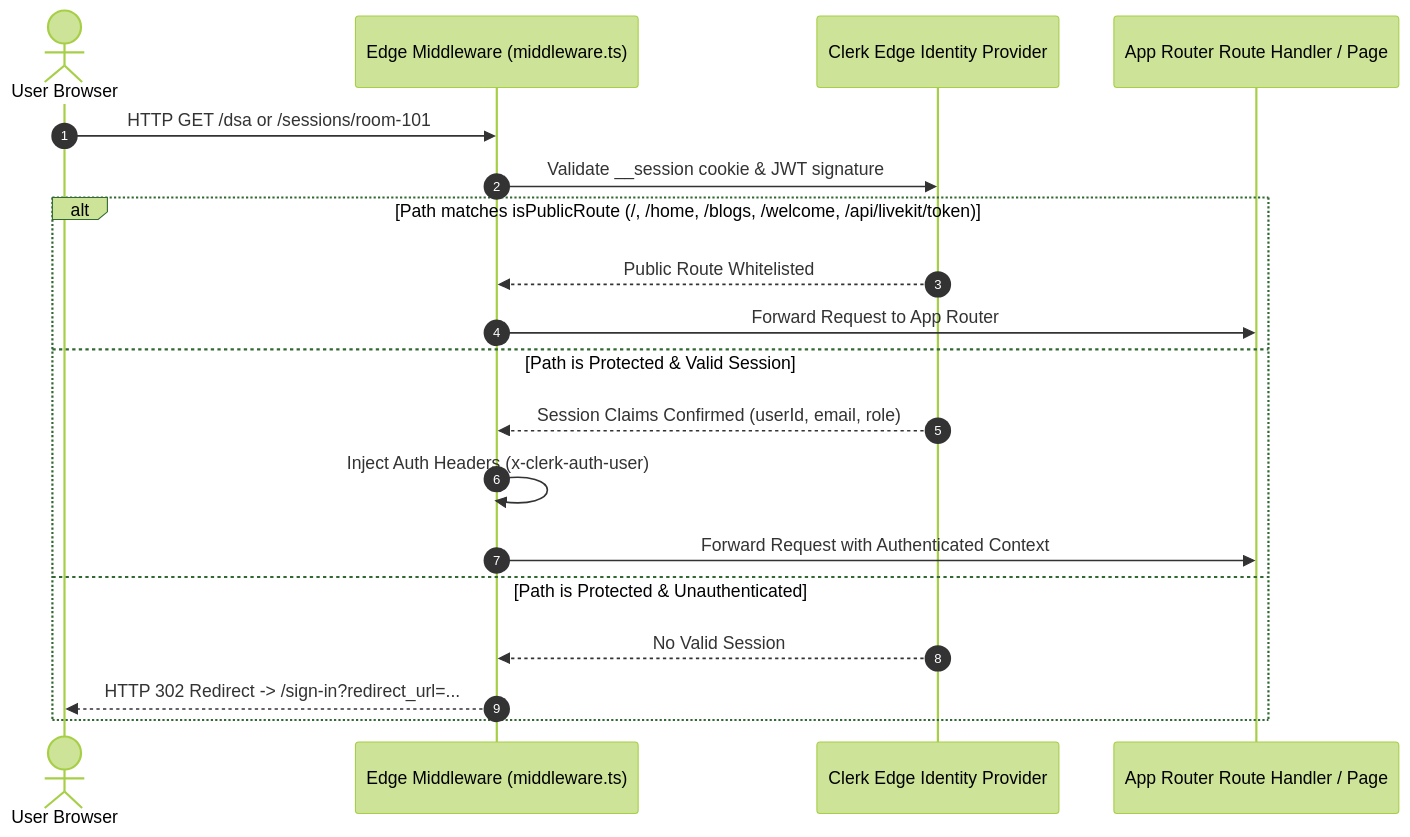
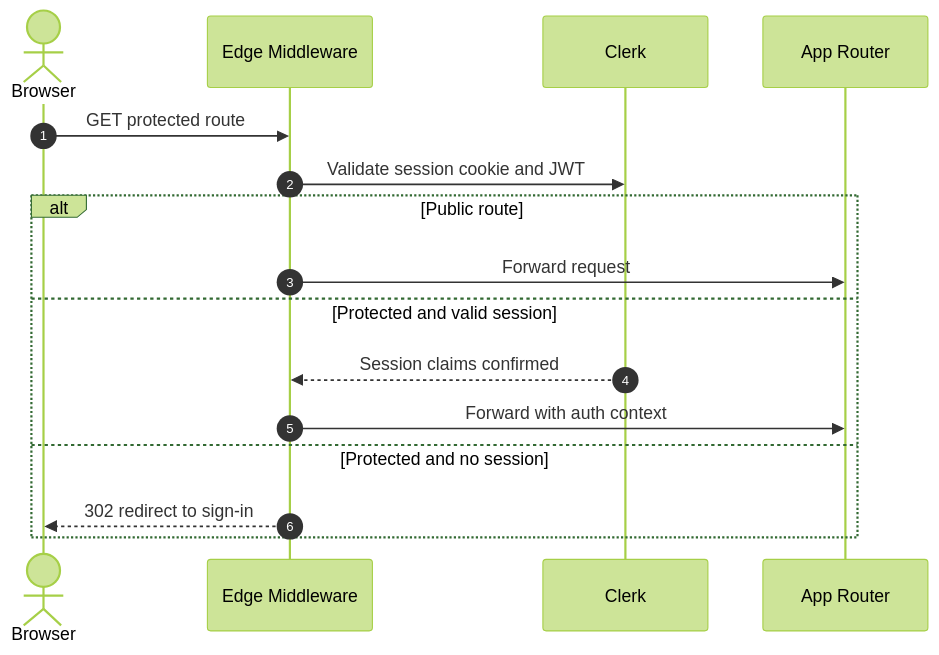
One commit to DevSars24/codeify changed the fourth of 19 diagrams in README.md. Above: the diagram before and after it, drawn with Mermaid (forest theme). The commit also changed other lines of this file, not shown here.

````diff
--- a/README.md
+++ b/README.md
@@ -252,22 +212,19 @@
 ```mermaid
 sequenceDiagram
     autonumber
-    actor Client as User Browser
-    participant Edge as Edge Middleware (middleware.ts)
-    participant Clerk as Clerk Edge Identity Provider
-    participant Route as App Router Route Handler / Page
+    actor Client as Browser
+    participant Edge as Edge Middleware
+    participant Clerk as Clerk
+    participant Route as App Router
 
-    Client->>Edge: HTTP GET /dsa or /sessions/room-101
-    Edge->>Clerk: Validate __session cookie & JWT signature
-    alt Path matches isPublicRoute (/, /home, /blogs, /welcome, /api/livekit/token)
-        Clerk-->>Edge: Public Route Whitelisted
-        Edge->>Route: Forward Request to App Router
-    else Path is Protected & Valid Session
-        Clerk-->>Edge: Session Claims Confirmed (userId, email, role)
-        Edge->>Edge: Inject Auth Headers (x-clerk-auth-user)
-        Edge->>Route: Forward Request with Authenticated Context
-    else Path is Protected & Unauthenticated
-        Clerk-->>Edge: No Valid Session
-        Edge-->>Client: HTTP 302 Redirect -> /sign-in?redirect_url=...
+    Client->>Edge: GET protected route
+    Edge->>Clerk: Validate session cookie and JWT
+    alt Public route
+        Edge->>Route: Forward request
+    else Protected and valid session
+        Clerk-->>Edge: Session claims confirmed
+        Edge->>Route: Forward with auth context
+    else Protected and no session
+        Edge-->>Client: 302 redirect to sign-in
     end
 ```
````
